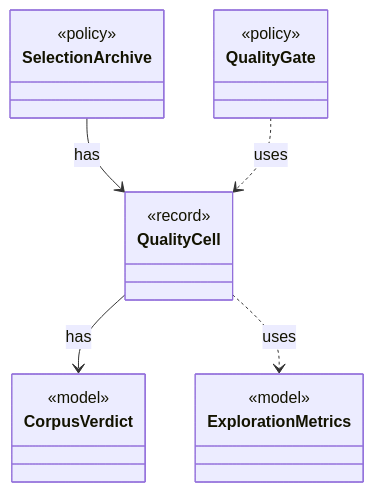
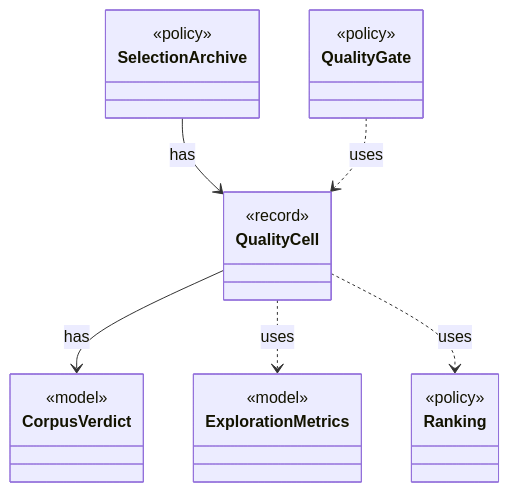
The diagram in dev/types/io.github.tlaplus.hardening.workflow.quality.QualityCell.md (tlaplus/model-checker-hardening), drawn with Mermaid before and after one commit. The commit also changed other lines of this file and 405 other files, not shown here.

````diff
--- a/dev/types/io.github.tlaplus.hardening.workflow.quality.QualityCell.md
+++ b/dev/types/io.github.tlaplus.hardening.workflow.quality.QualityCell.md
@@ -9,22 +9,26 @@
 ```mermaid
 classDiagram
   class QualityCell {
     <<record>>
   }
   class CorpusVerdict {
     <<model>>
   }
   class SelectionArchive {
     <<policy>>
   }
   class ExplorationMetrics {
     <<model>>
   }
+  class Ranking {
+    <<policy>>
+  }
   class QualityGate {
     <<policy>>
   }
   QualityCell --> CorpusVerdict : has
   SelectionArchive --> QualityCell : has
   QualityCell ..> ExplorationMetrics : uses
+  QualityCell ..> Ranking : uses
   QualityGate ..> QualityCell : uses
 ```
````
